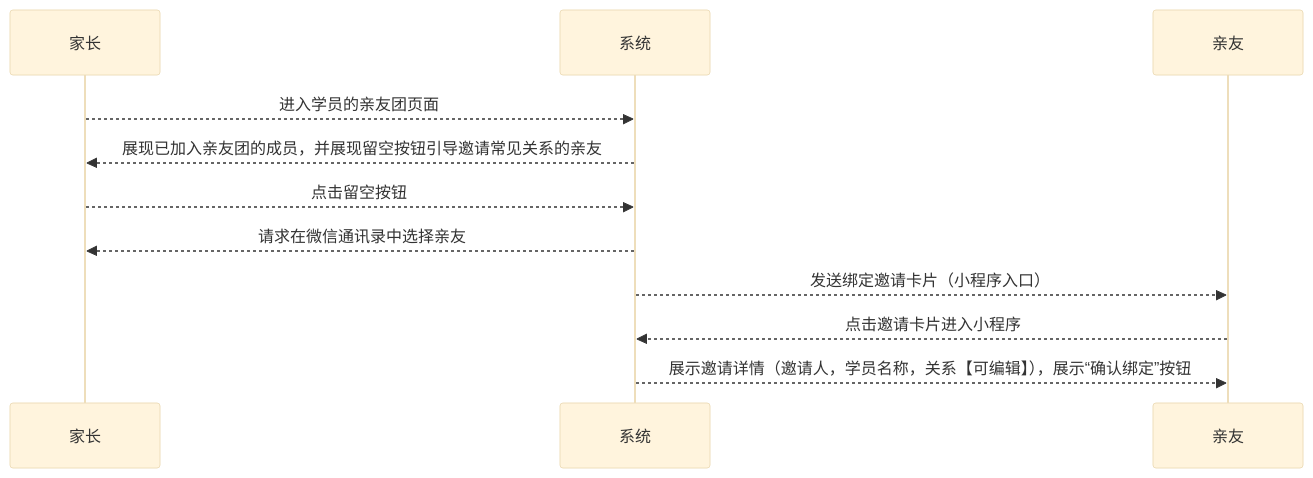
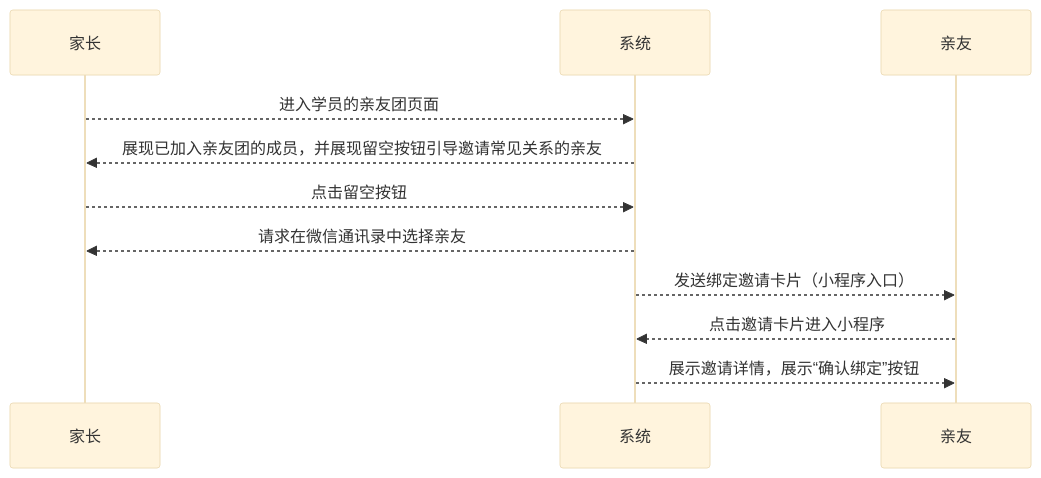
The first of 2 diagrams in 用例/家长-学员关系绑定.md (world-wide-web/sign), drawn with Mermaid (base theme) before and after one commit. The commit also changed other lines of this file, not shown here.

Commit message:
用例/家长-学员关系绑定.md updated from https://stackedit.io/

````diff
--- a/用例/家长-学员关系绑定.md
+++ b/用例/家长-学员关系绑定.md
@@ -10,18 +10,18 @@
 ```mermaid
 sequenceDiagram
 
 家长-->>系统: 进入学员的亲友团页面
 
 系统-->>家长: 展现已加入亲友团的成员，并展现留空按钮引导邀请常见关系的亲友
 
 家长-->>系统: 点击留空按钮
 
 系统-->>家长: 请求在微信通讯录中选择亲友
 
 系统-->>亲友: 发送绑定邀请卡片（小程序入口）
 
 亲友-->>系统: 点击邀请卡片进入小程序
 
-系统-->>亲友: 展示邀请详情（邀请人，学员名称，关系【可编辑】），展示“确认绑定”按钮
+系统-->>亲友: 展示邀请详情，展示“确认绑定”按钮
 
 ```
````
